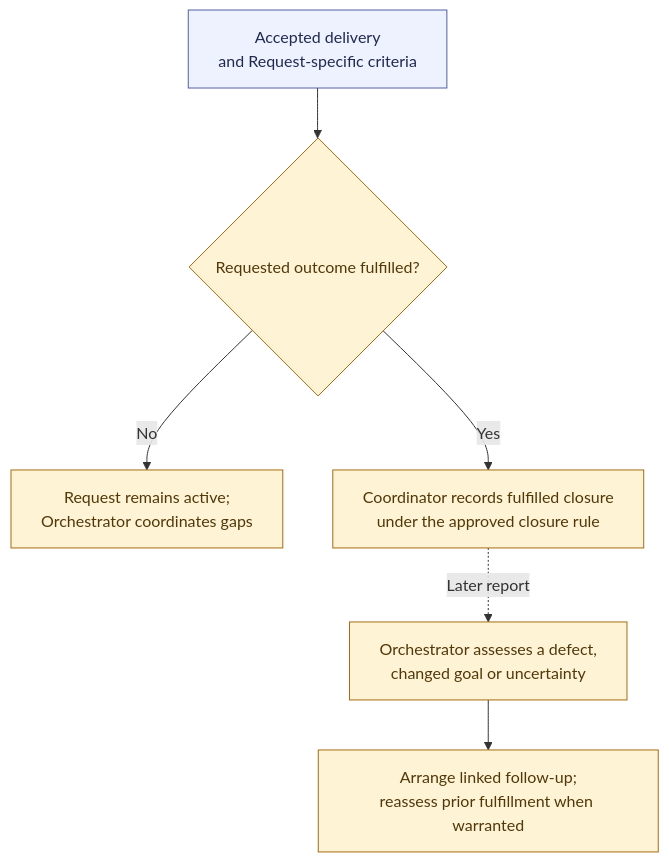
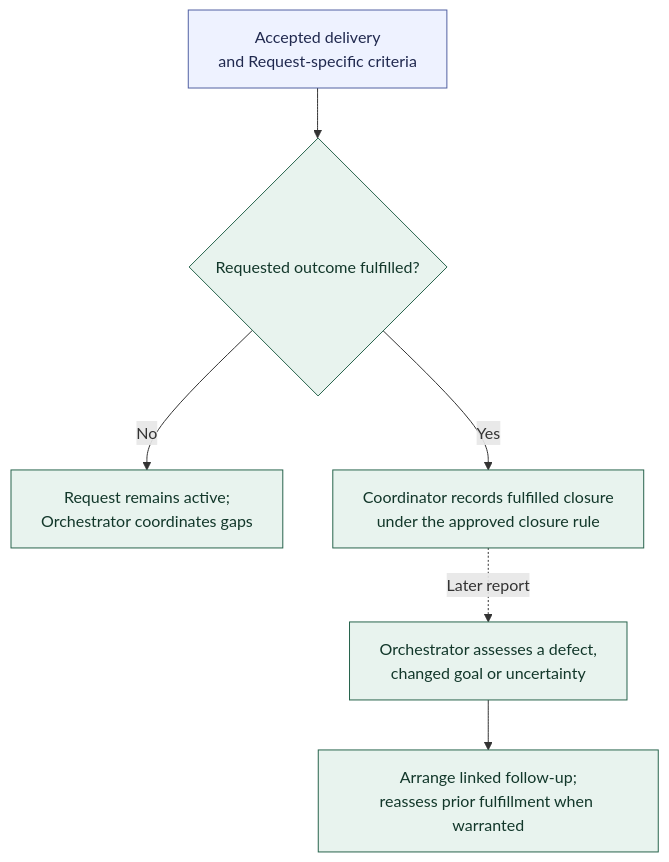
Before and after one commit to andrii2g/mobiraeon: the diagram in docs/diagrams/request-closure-and-follow-up.md, drawn with Mermaid. The commit also changed other lines of this file and 8 other files, not shown here.

Commit message:
added waiting and recovery added human controls and scope changes added diagrams

````diff
--- a/docs/diagrams/request-closure-and-follow-up.md
+++ b/docs/diagrams/request-closure-and-follow-up.md
@@ -5,18 +5,18 @@
 ```mermaid
 ---
 config:
   flowchart:
     wrappingWidth: 280
 ---
 flowchart TB
     EVIDENCE["Accepted delivery<br/>and Request-specific criteria"] --> MATCH{"Requested outcome fulfilled?"}
     MATCH -->|No| OPEN["Request remains active;<br/>Orchestrator coordinates gaps"]
     MATCH -->|Yes| CLOSE["Coordinator records fulfilled closure<br/>under the approved closure rule"]
     CLOSE -. Later report .-> ASSESS["Orchestrator assesses a defect,<br/>changed goal or uncertainty"]
     ASSESS --> FOLLOWUP["Arrange linked follow-up;<br/>reassess prior fulfillment when warranted"]
 
-    classDef proposed fill:#fff3d6,stroke:#a66b12,color:#513807;
+    classDef agreed fill:#e8f3ee,stroke:#28644d,color:#12372a;
     classDef boundary fill:#eef2ff,stroke:#5261a3,color:#20294f;
-    class MATCH,OPEN,CLOSE,ASSESS,FOLLOWUP proposed;
+    class MATCH,OPEN,CLOSE,ASSESS,FOLLOWUP agreed;
     class EVIDENCE boundary;
 ```
````
